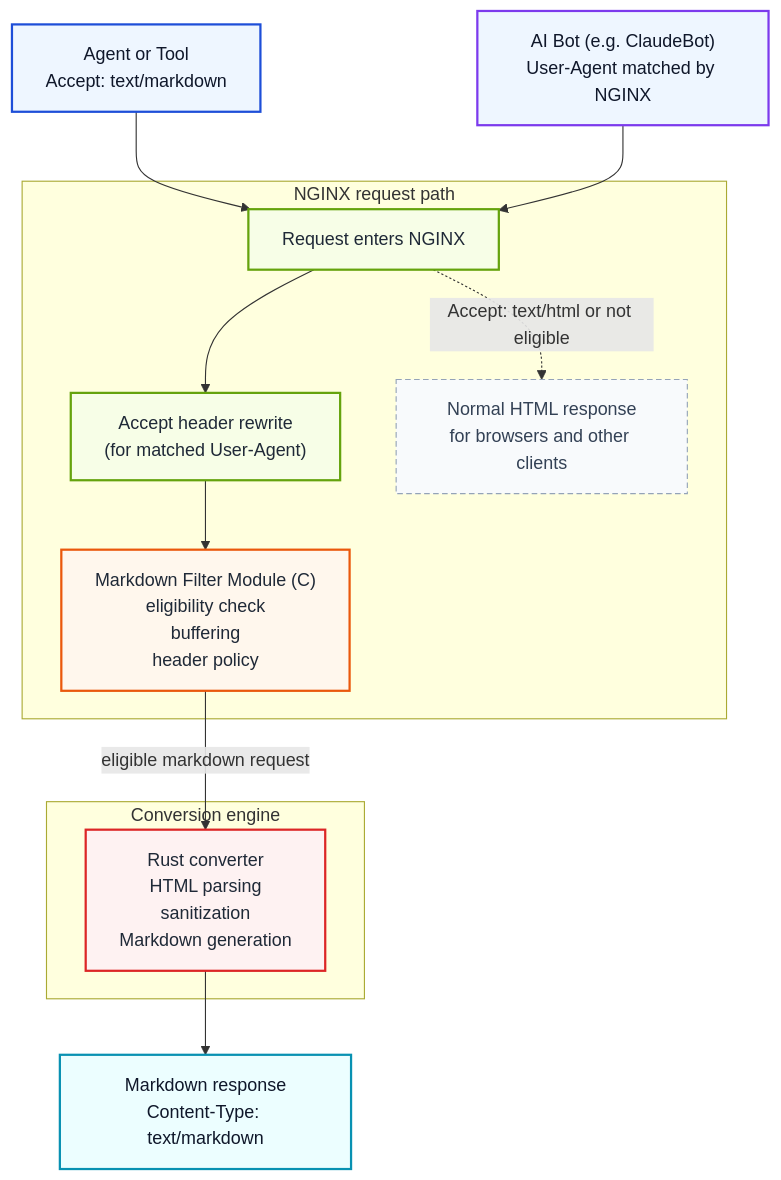
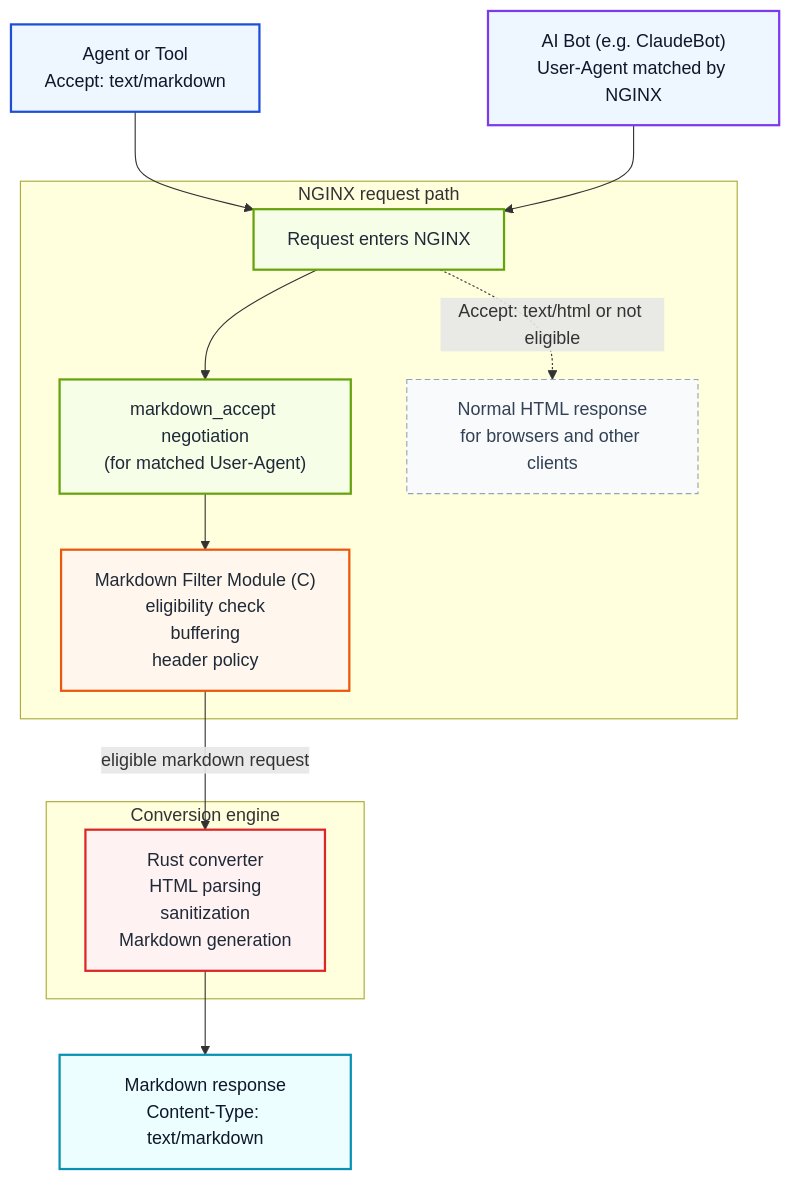
Before and after one commit to cnkang/nginx-markdown-for-agents: the diagram in README.md, drawn with Mermaid. The commit also changed other lines of this file and 11 other files, not shown here.

````diff
--- a/README.md
+++ b/README.md
@@ -257,43 +257,43 @@
 ```mermaid
 flowchart TD
     client["Agent or Tool<br/>Accept: text/markdown"]
     bot["AI Bot (e.g. ClaudeBot)<br/>User-Agent matched by NGINX"]
 
     subgraph edge["NGINX request path"]
         ingress["Request enters NGINX"]
-        rewrite["Accept header rewrite<br/>(for matched User-Agent)"]
+        rewrite["markdown_accept negotiation<br/>(for matched User-Agent)"]
         filter["Markdown Filter Module (C)<br/>eligibility check<br/>buffering<br/>header policy"]
         passthrough["Normal HTML response<br/>for browsers and other clients"]
     end
 
     subgraph engine["Conversion engine"]
         rust["Rust converter<br/>HTML parsing<br/>sanitization<br/>Markdown generation"]
     end
 
     markdown["Markdown response<br/>Content-Type: text/markdown"]
 
     client --> ingress
     bot --> ingress
     ingress --> rewrite
     rewrite --> filter
     filter -->|eligible markdown request| rust
     rust --> markdown
     ingress -.->|Accept: text/html or not eligible| passthrough
 
     classDef client fill:#eef6ff,stroke:#1d4ed8,color:#0f172a,stroke-width:2px;
     classDef bot fill:#eef6ff,stroke:#7c3aed,color:#0f172a,stroke-width:2px;
     classDef nginx fill:#f7fee7,stroke:#65a30d,color:#1f2937,stroke-width:2px;
     classDef module fill:#fff7ed,stroke:#ea580c,color:#1f2937,stroke-width:2px;
     classDef engine fill:#fef2f2,stroke:#dc2626,color:#1f2937,stroke-width:2px;
     classDef output fill:#ecfeff,stroke:#0891b2,color:#0f172a,stroke-width:2px;
     classDef passthrough fill:#f8fafc,stroke:#94a3b8,color:#334155,stroke-dasharray: 5 3;
 
     class client client;
     class bot bot;
     class ingress nginx;
     class rewrite nginx;
     class filter module;
     class rust engine;
     class markdown output;
     class passthrough passthrough;
 ```
````
